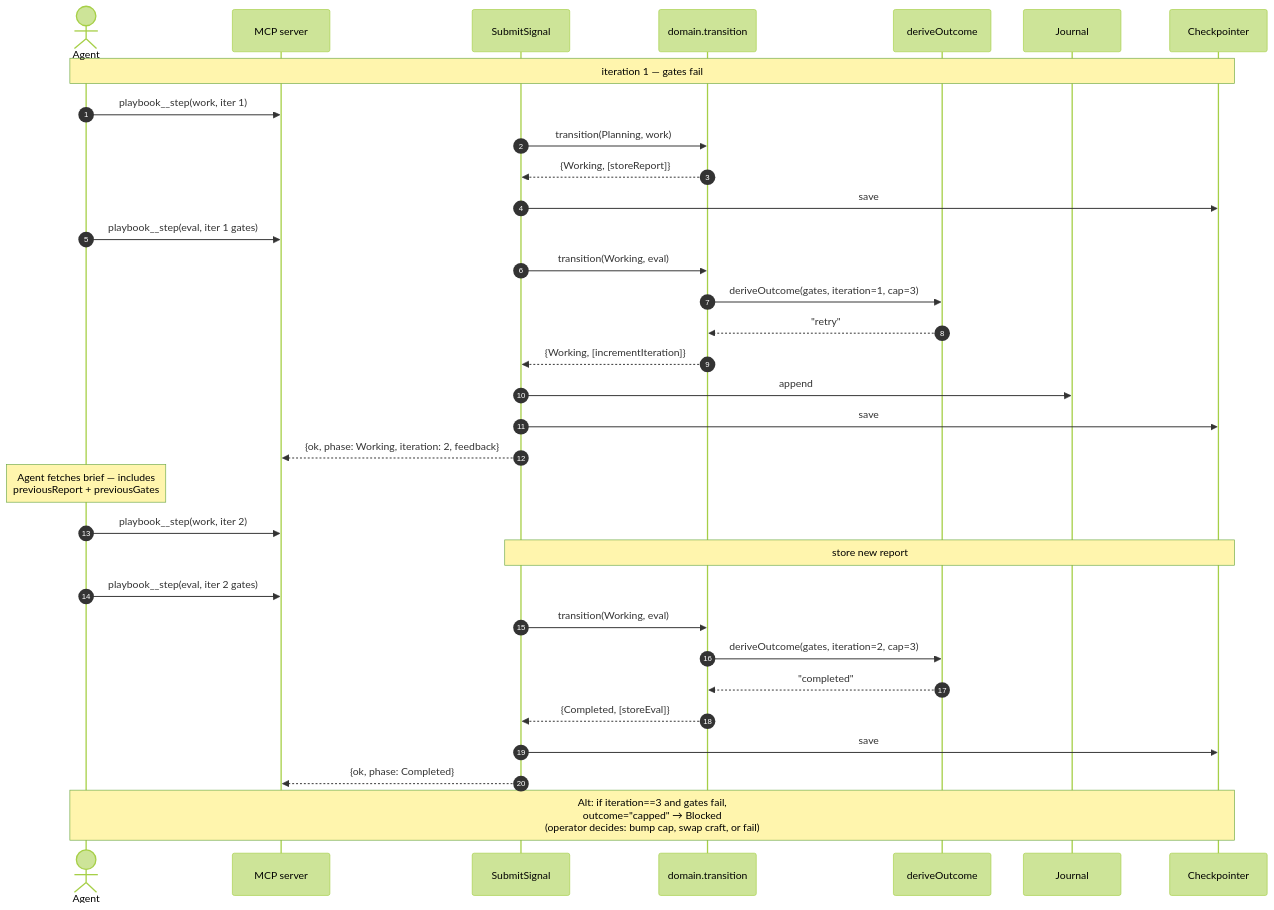
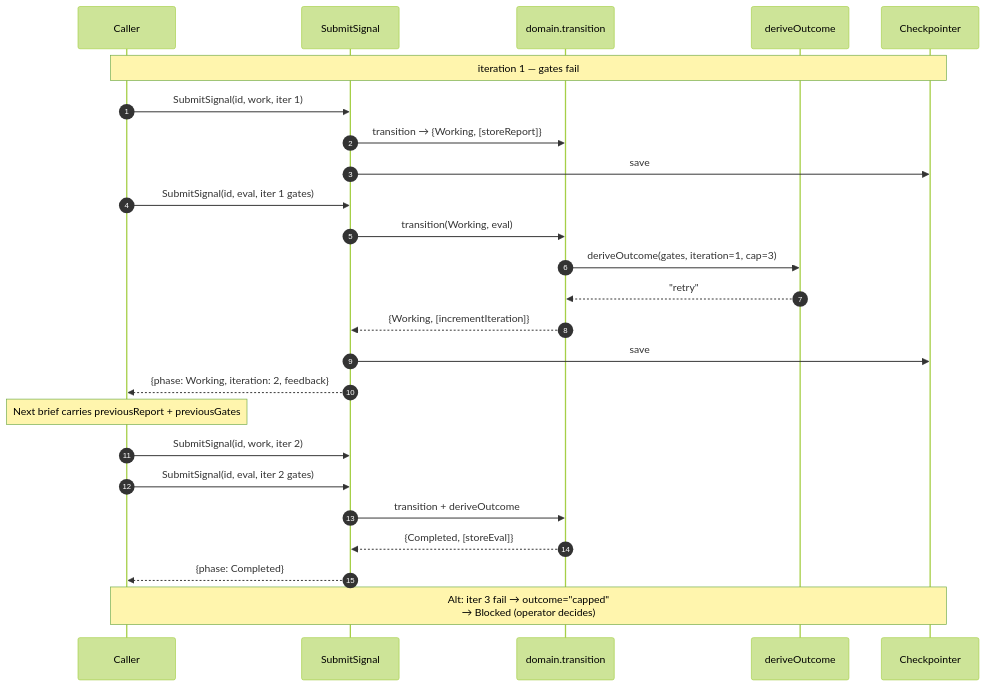
Before and after one commit to foreman-lab/handbook: the fifth of 5 diagrams in architecture.md, drawn with Mermaid (forest theme). The commit also changed other lines of this file, not shown here.

First line of the commit message:
docs: make state machine architecture standalone (no transport)

````diff
--- a/architecture.md
+++ b/architecture.md
@@ -523,42 +489,33 @@
 ```mermaid
 sequenceDiagram
     autonumber
-    actor Ag as Agent
-    participant MCP as MCP server
+    participant C as Caller
     participant UC as SubmitSignal
     participant Dom as domain.transition
     participant Out as deriveOutcome
-    participant JR as Journal
     participant CP as Checkpointer
 
-    Note over Ag,CP: iteration 1 — gates fail
+    Note over C,CP: iteration 1 — gates fail
 
-    Ag->>MCP: playbook__step(work, iter 1)
-    UC->>Dom: transition(Planning, work)
-    Dom-->>UC: {Working, [storeReport]}
+    C->>UC: SubmitSignal(id, work, iter 1)
+    UC->>Dom: transition → {Working, [storeReport]}
     UC->>CP: save
 
-    Ag->>MCP: playbook__step(eval, iter 1 gates)
+    C->>UC: SubmitSignal(id, eval, iter 1 gates)
     UC->>Dom: transition(Working, eval)
     Dom->>Out: deriveOutcome(gates, iteration=1, cap=3)
     Out-->>Dom: "retry"
     Dom-->>UC: {Working, [incrementIteration]}
-    UC->>JR: append
     UC->>CP: save
-    UC-->>MCP: {ok, phase: Working, iteration: 2, feedback}
+    UC-->>C: {phase: Working, iteration: 2, feedback}
 
-    Note over Ag: Agent fetches brief — includes<br/>previousReport + previousGates
+    Note over C: Next brief carries previousReport + previousGates
 
-    Ag->>MCP: playbook__step(work, iter 2)
-    Note over UC,CP: store new report
+    C->>UC: SubmitSignal(id, work, iter 2)
+    C->>UC: SubmitSignal(id, eval, iter 2 gates)
+    UC->>Dom: transition + deriveOutcome
+    Dom-->>UC: {Completed, [storeEval]}
+    UC-->>C: {phase: Completed}
 
-    Ag->>MCP: playbook__step(eval, iter 2 gates)
-    UC->>Dom: transition(Working, eval)
-    Dom->>Out: deriveOutcome(gates, iteration=2, cap=3)
-    Out-->>Dom: "completed"
-    Dom-->>UC: {Completed, [storeEval]}
-    UC->>CP: save
-    UC-->>MCP: {ok, phase: Completed}
-
-    Note over Ag,CP: Alt: if iteration==3 and gates fail,<br/>outcome="capped" → Blocked<br/>(operator decides: bump cap, swap craft, or fail)
+    Note over C,CP: Alt: iter 3 fail → outcome="capped"<br/>→ Blocked (operator decides)
 ```
````
